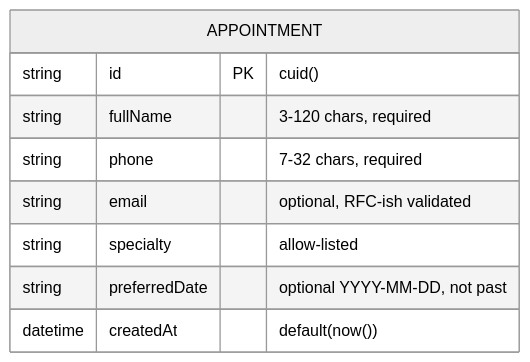
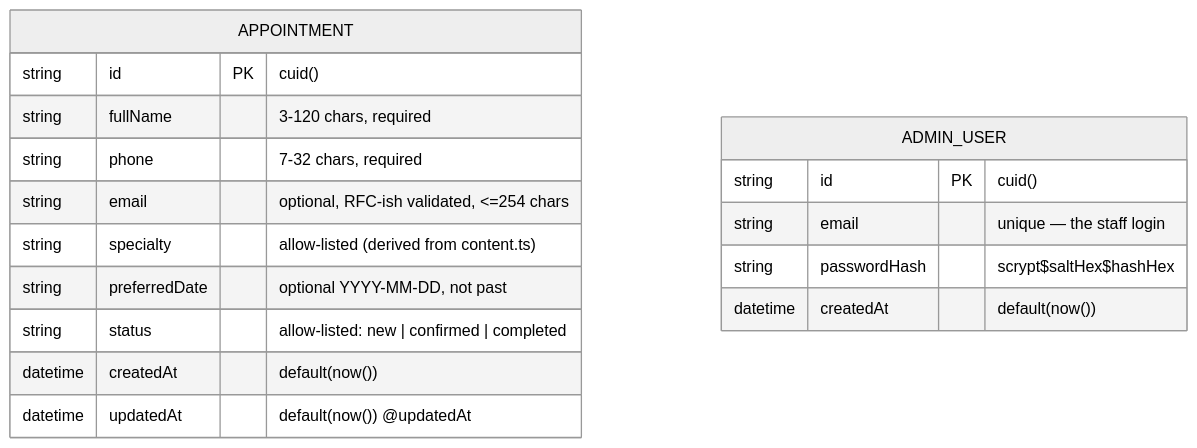
Before and after one commit to nordeim/health-care-clinic: the second of 2 diagrams in Project_Architecture_Document.md, drawn with Mermaid (neutral theme). The commit also changed other lines of this file and 22 other files, not shown here.

````diff
--- a/Project_Architecture_Document.md
+++ b/Project_Architecture_Document.md
@@ -486,12 +496,20 @@
 ```mermaid
 erDiagram
     APPOINTMENT {
         string id PK "cuid()"
         string fullName "3-120 chars, required"
         string phone "7-32 chars, required"
-        string email "optional, RFC-ish validated"
-        string specialty "allow-listed"
+        string email "optional, RFC-ish validated, <=254 chars"
+        string specialty "allow-listed (derived from content.ts)"
         string preferredDate "optional YYYY-MM-DD, not past"
+        string status "allow-listed: new | confirmed | completed"
+        datetime createdAt "default(now())"
+        datetime updatedAt "default(now()) @updatedAt"
+    }
+    ADMIN_USER {
+        string id PK "cuid()"
+        string email "unique — the staff login"
+        string passwordHash "scrypt$saltHex$hashHex"
         datetime createdAt "default(now())"
     }
 ```
````
